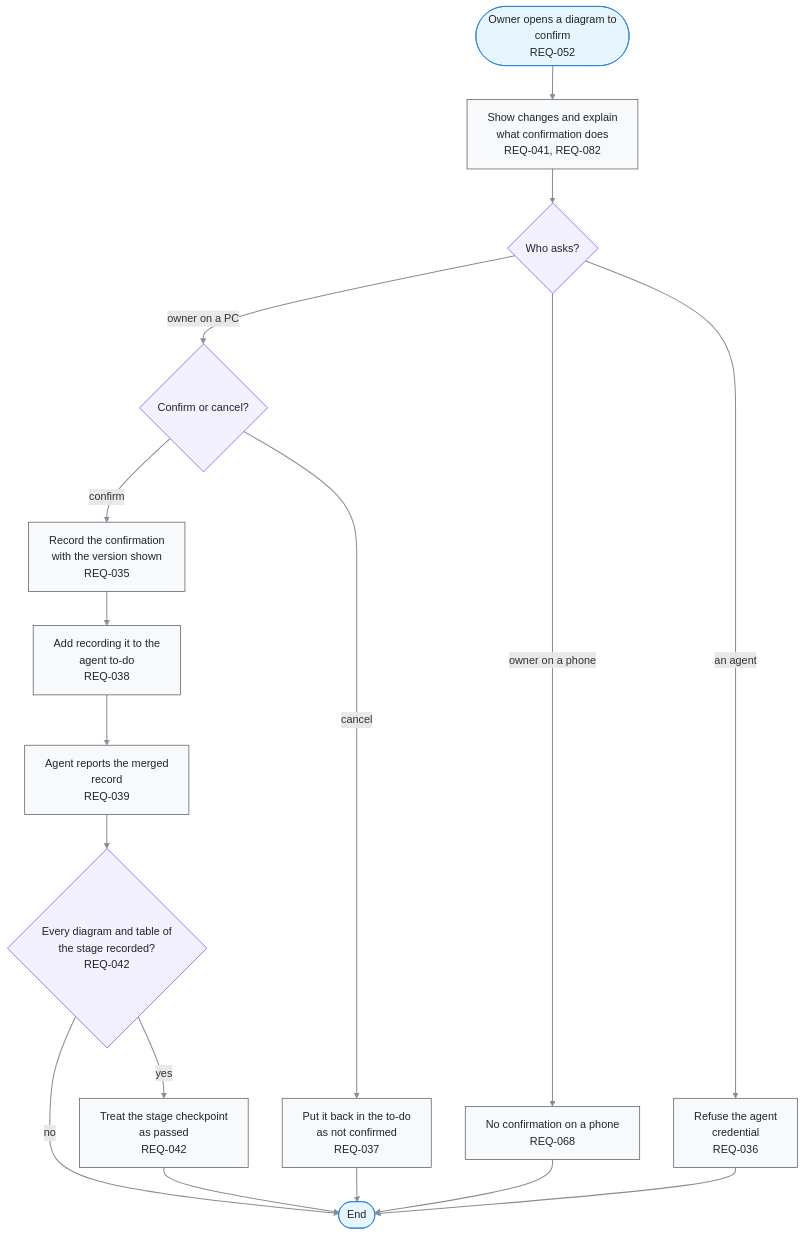
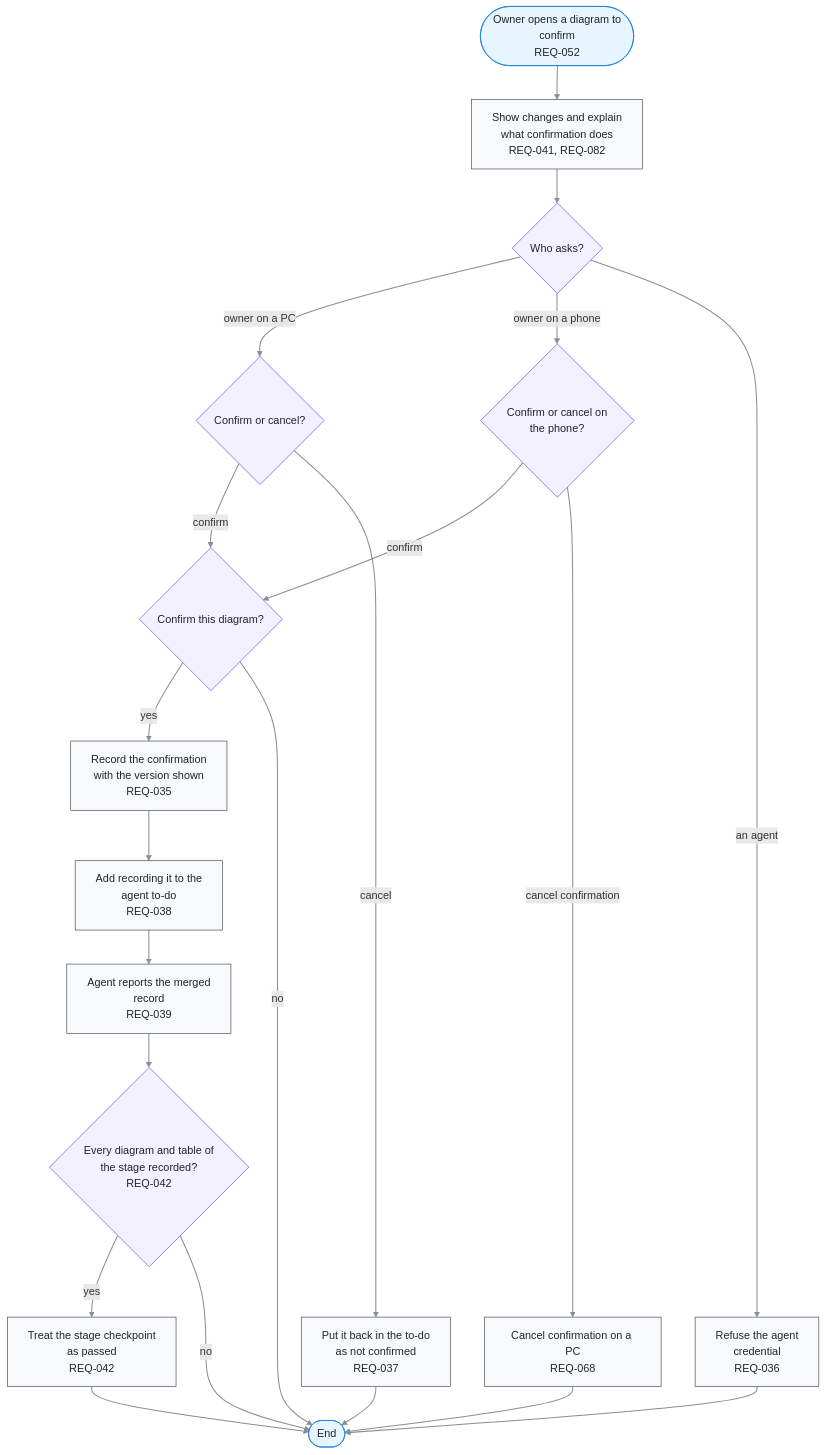
The diagram in docs/03-user-flow/FL-006-confirm-a-diagram.md (kodonghui/corthex-nexus), drawn with Mermaid before and after one commit. The commit also changed other lines of this file and 69 other files, not shown here.

````diff
--- a/docs/03-user-flow/FL-006-confirm-a-diagram.md
+++ b/docs/03-user-flow/FL-006-confirm-a-diagram.md
@@ -9,42 +9,48 @@
 ```mermaid
 flowchart TD
   A(["Owner opens a diagram to<br/>confirm<br/>REQ-052"])
   B["Show changes and explain<br/>what confirmation does<br/>REQ-041, REQ-082"]
   C{"Who asks?"}
   D{"Confirm or cancel?"}
   E["Record the confirmation<br/>with the version shown<br/>REQ-035"]
   F["Add recording it to the<br/>agent to-do<br/>REQ-038"]
   G["Agent reports the merged<br/>record<br/>REQ-039"]
   H{"Every diagram and table of<br/>the stage recorded?<br/>REQ-042"}
   I["Treat the stage checkpoint<br/>as passed<br/>REQ-042"]
   J["Put it back in the to-do<br/>as not confirmed<br/>REQ-037"]
-  R1["No confirmation on a phone<br/>REQ-068"]
+  P{"Confirm or cancel on<br/>the phone?"}
+  L{"Confirm this diagram?"}
+  R1["Cancel confirmation on a PC<br/>REQ-068"]
   R2["Refuse the agent<br/>credential<br/>REQ-036"]
   Z(["End"])
   A e1@--> B
   B e2@--> C
   C e3@-->|owner on a PC| D
-  C e4@-->|owner on a phone| R1
+  C e4@-->|owner on a phone| P
   C e5@-->|an agent| R2
-  D e6@-->|confirm| E
+  D e6@-->|confirm| L
   D e7@-->|cancel| J
   E e8@--> F
   F e9@--> G
   G e10@--> H
   H e11@-->|yes| I
   H e12@-->|no| Z
   I e13@--> Z
   J e14@--> Z
   R1 e15@--> Z
   R2 e16@--> Z
+  P e17@-->|confirm| L
+  P e18@-->|cancel confirmation| R1
+  L e19@-->|yes| E
+  L e20@-->|no| Z
   %% legend: below
   classDef term fill:#e7f5ff,stroke:#1c7ed6,color:#212529
   classDef proc fill:#f8f9fa,stroke:#495057,color:#212529
   classDef decide fill:#f3f0ff,stroke:#7048e8,color:#212529
   classDef gap fill:#f1f3f5,stroke:#adb5bd,stroke-dasharray:2 3,color:#495057
   classDef pass stroke:#868e96,stroke-width:1.5px
   class A,Z term
   class B,E,F,G,I,J,R1,R2 proc
-  class C,D,H decide
-  class e1,e2,e3,e4,e5,e6,e7,e8,e9,e10,e11,e12,e13,e14,e15,e16 pass
+  class C,D,H,P,L decide
+  class e1,e2,e3,e4,e5,e6,e7,e8,e9,e10,e11,e12,e13,e14,e15,e16,e17,e18,e19,e20 pass
 ```
````
